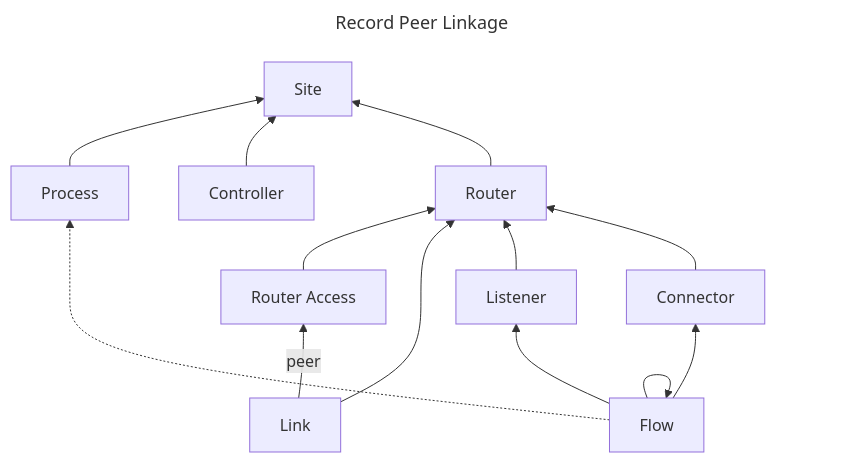
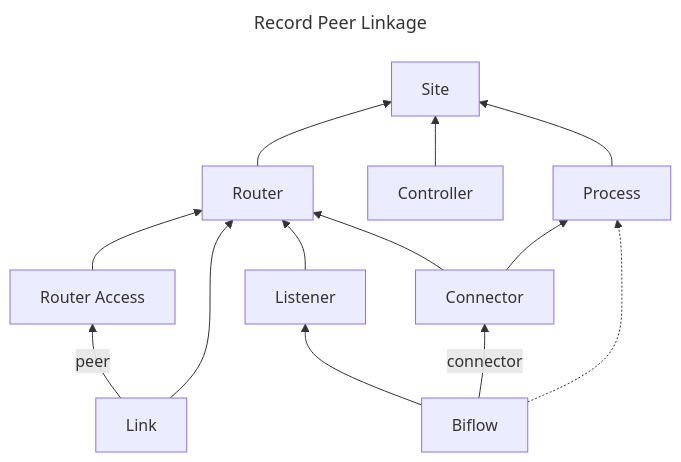
The first of 2 diagrams in README.md (c-kruse/vanflow-specification), drawn with Mermaid before and after one commit. The commit also changed other lines of this file, not shown here.

First line of the commit message:
Include BIFLOW_TPORT and BIFLOW_APP records

````diff
--- a/README.md
+++ b/README.md
@@ -392,20 +425,20 @@
 ```mermaid
 ---
 title: Record Peer Linkage
 ---
 flowchart BT;
     s["Site"];
     proc["Process"] --> s;
     ctrlr["Controller"] --> s;
     rtr["Router"] --> s;
     ra["Router Access"] --> rtr;
     link["Link"] -->|peer| ra;
     link["Link"] --> rtr;
     lst["Listener"] --> rtr;
     cnctr["Connector"] --> rtr;
-    flow["Flow"] --> |counterflow| flow;
-    flow --> flow;
+    cnctr["Connector"] --> proc;
+    flow["Biflow"]
     flow --> lst;
-    flow --> cnctr;
+    flow -->|connector| cnctr;
     flow -.-> proc;
 ```
````
